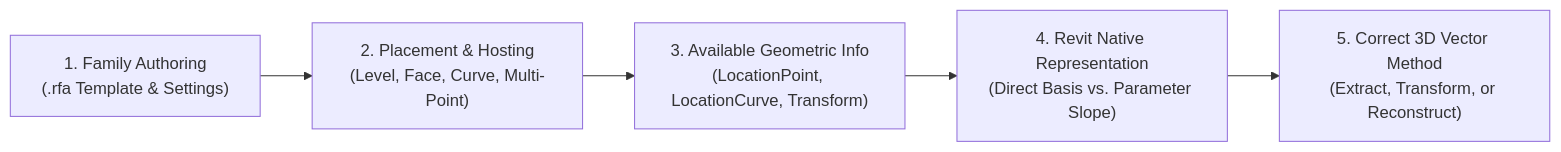
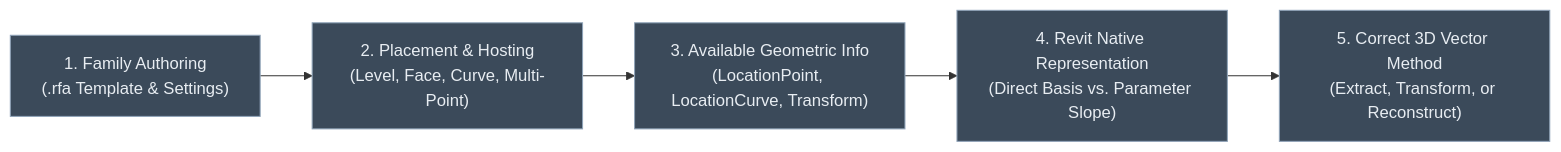
One commit to Mustafa-TOMMY/CommandSamplesRevitApiVer2025 changed the second of 7 diagrams in RevitApiSamples/Samples/Transform/Transform.md. Above: the diagram before and after it, drawn with Mermaid. The commit also changed other lines of this file, not shown here.

````diff
--- a/RevitApiSamples/Samples/Transform/Transform.md
+++ b/RevitApiSamples/Samples/Transform/Transform.md
@@ -28,7 +33,10 @@
 ```mermaid
 flowchart LR
     A["1. Family Authoring<br/>(.rfa Template & Settings)"] --> B["2. Placement & Hosting<br/>(Level, Face, Curve, Multi-Point)"]
     B --> C["3. Available Geometric Info<br/>(LocationPoint, LocationCurve, Transform)"]
     C --> D["4. Revit Native Representation<br/>(Direct Basis vs. Parameter Slope)"]
     D --> E["5. Correct 3D Vector Method<br/>(Extract, Transform, or Reconstruct)"]
+
+    classDef stage fill:#3b4a5a,stroke:#8fa3b8,color:#e8edf2;
+    class A,B,C,D,E stage
 ```
````
